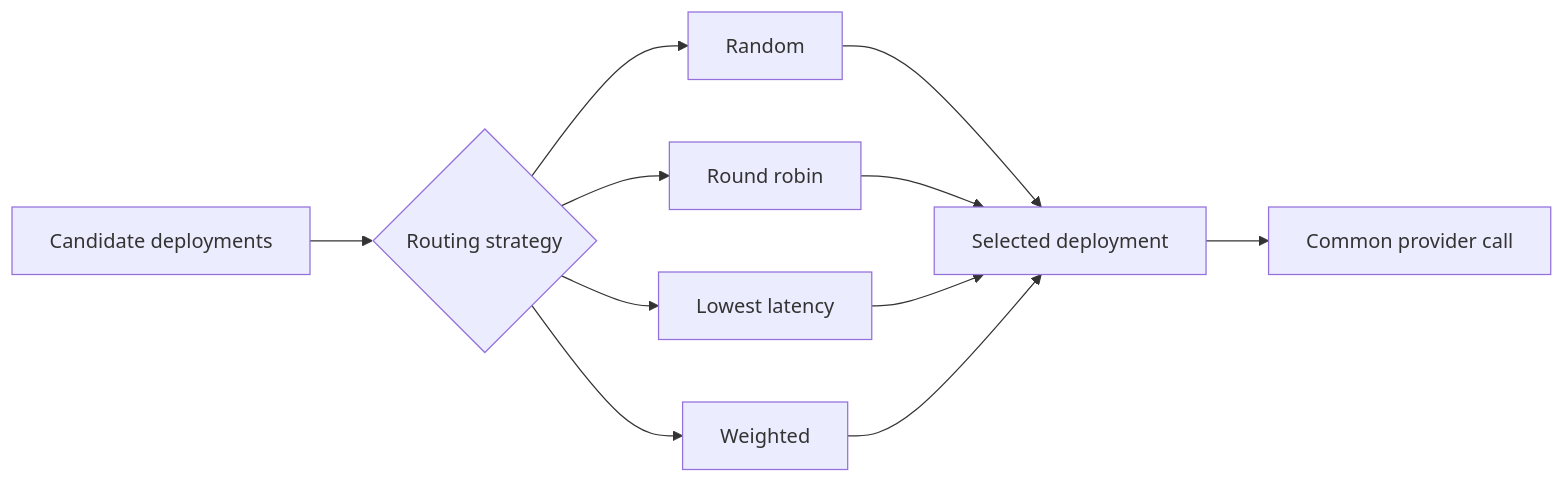
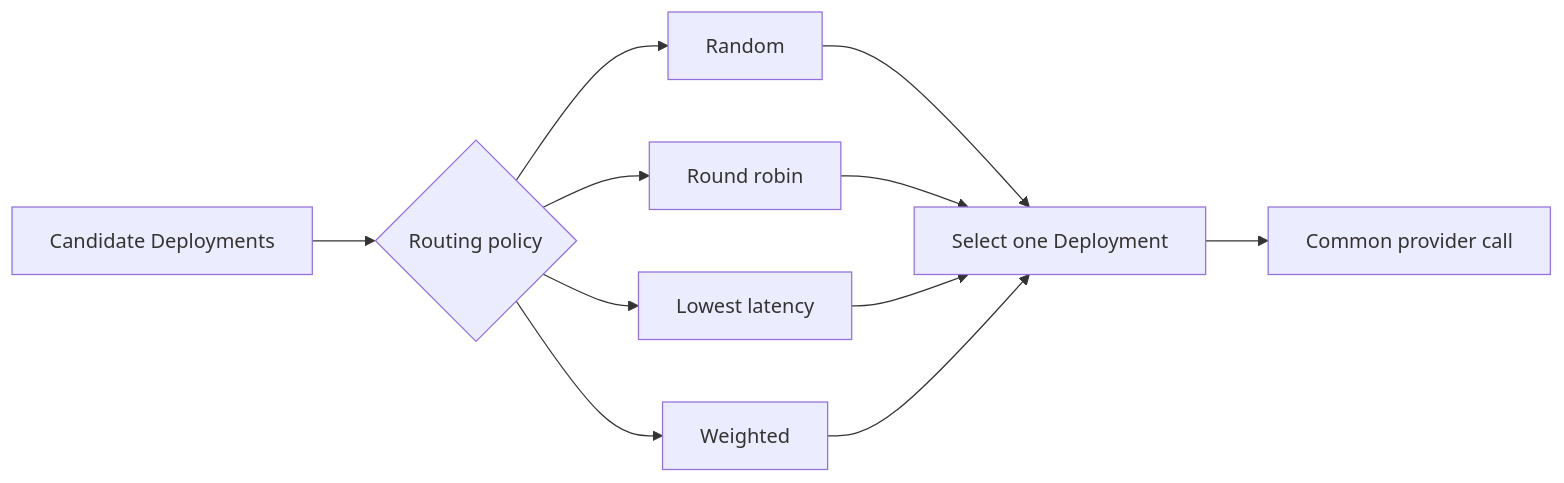
The seventh of 11 diagrams in website/i18n/en/docusaurus-plugin-content-docs/current/knowledge-base/guides/litellm-project-guide.md (zj75968-cpu/docusaurus), drawn with Mermaid before and after one commit. The commit also changed other lines of this file and 1 other file, not shown here.

````diff
--- a/website/i18n/en/docusaurus-plugin-content-docs/current/knowledge-base/guides/litellm-project-guide.md
+++ b/website/i18n/en/docusaurus-plugin-content-docs/current/knowledge-base/guides/litellm-project-guide.md
@@ -300,13 +320,13 @@
 ```mermaid
 flowchart LR
-    A["Candidate deployments"] --> B{"Routing strategy"}
+    A["Candidate Deployments"] --> B{"Routing policy"}
     B --> B1["Random"]
     B --> B2["Round robin"]
     B --> B3["Lowest latency"]
     B --> B4["Weighted"]
-    B1 --> C["Selected deployment"]
+    B1 --> C["Select one Deployment"]
     B2 --> C
     B3 --> C
     B4 --> C
     C --> D["Common provider call"]
 ```
````
